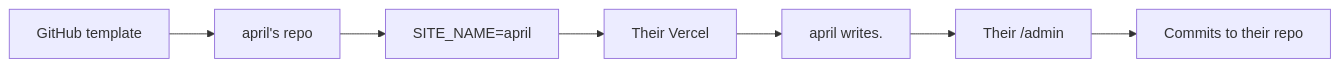
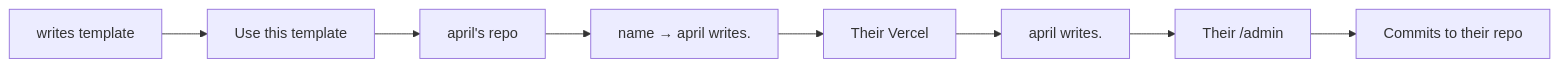
One commit to apandji/pandji-writes changed the diagram in the-future-product.md. Above: the diagram before and after it, drawn with Mermaid. The commit also changed other lines of this file and 1 other file, not shown here.

First line of the commit message:
Advise two-repo split, writes. naming, and snapshot upgrades

````diff
--- a/the-future-product.md
+++ b/the-future-product.md
@@ -13,9 +95,10 @@
 ```mermaid
 flowchart LR
-  template["GitHub template"] --> fork["april's repo"]
-  fork --> config["SITE_NAME=april"]
+  template["writes template"] --> use["Use this template"]
+  use --> repo["april's repo"]
+  repo --> config["name → april writes."]
   config --> deploy["Their Vercel"]
   deploy --> site["april writes."]
   site --> admin["Their /admin"]
   admin --> commit["Commits to their repo"]
 ```
````
